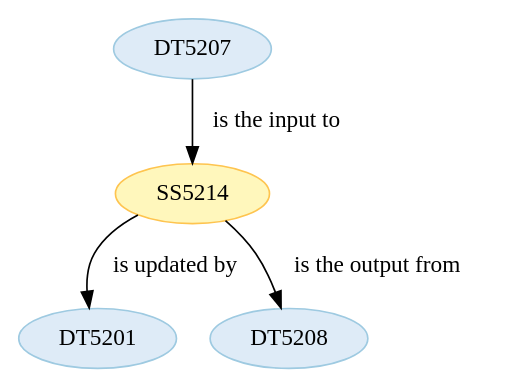
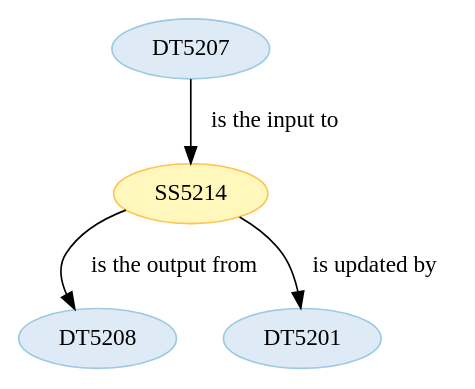
The diagram in wf5201/ST520114.dot (Marco-Salvi/cwl-test), drawn with Graphviz before and after one commit. The commit also changed other lines of this file and 26 other files, not shown here.

```diff
--- a/wf5201/ST520114.dot
+++ b/wf5201/ST520114.dot
@@ -1,18 +1,18 @@
 strict digraph {
 
-
-	"DT5201" [ color="2", colorscheme="blues3", fillcolor="1", style="filled",  weight=0 ];
 
 	"DT5207" [ color="2", colorscheme="blues3", fillcolor="1", style="filled",  weight=0 ];
 
 	"DT5207" -> "SS5214" [ label="is the input to", labeltooltip="DT5207 - is the input to - SS5214",  weight=0 ];
 
 	"DT5208" [ color="2", colorscheme="blues3", fillcolor="1", style="filled",  weight=0 ];
 
 	"SS5214" [ color="2", colorscheme="ylorbr3", fillcolor="1", style="filled",  weight=0 ];
 
+	"SS5214" -> "DT5201" [ label="is updated by", labeltooltip="DT5201 - is updated by - SS5214",  weight=0 ];
+
 	"SS5214" -> "DT5208" [ label="is the output from", labeltooltip="DT5208 - is the output from - SS5214",  weight=0 ];
 
-	"SS5214" -> "DT5201" [ label="is updated by", labeltooltip="DT5201 - is updated by - SS5214",  weight=0 ];
+	"DT5201" [ color="2", colorscheme="blues3", fillcolor="1", style="filled",  weight=0 ];
 
 }
```
